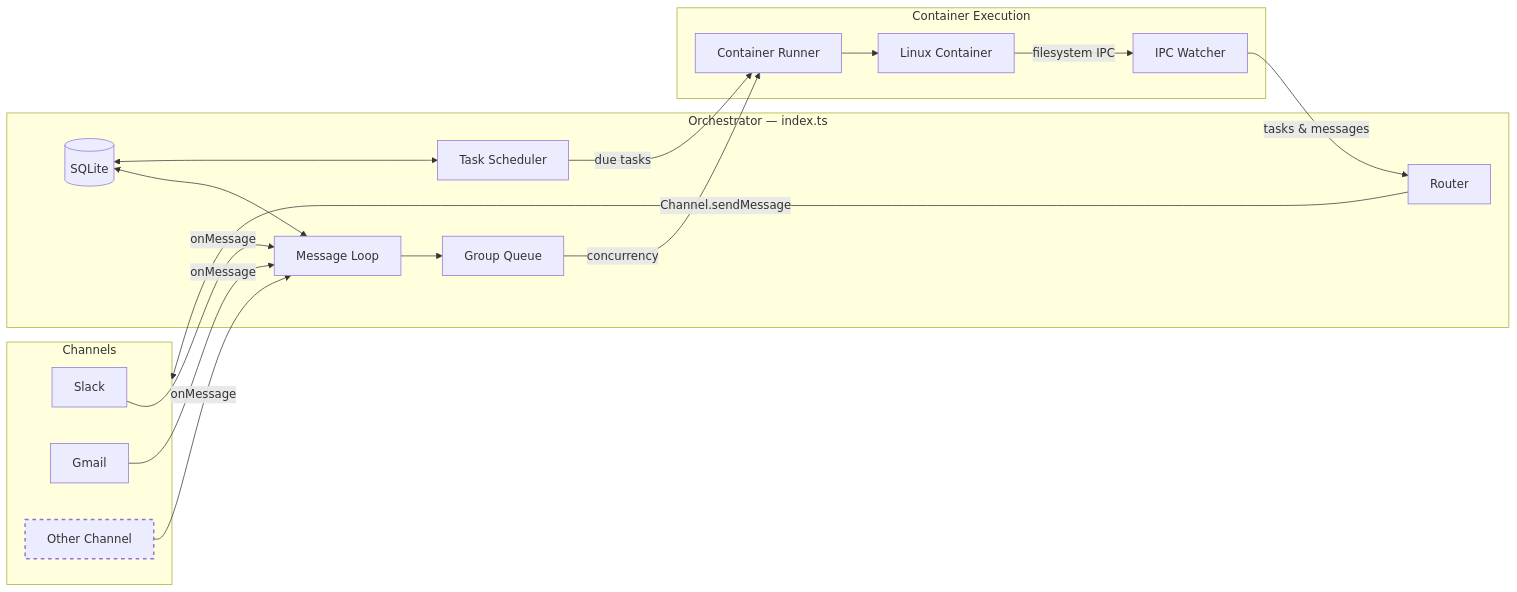
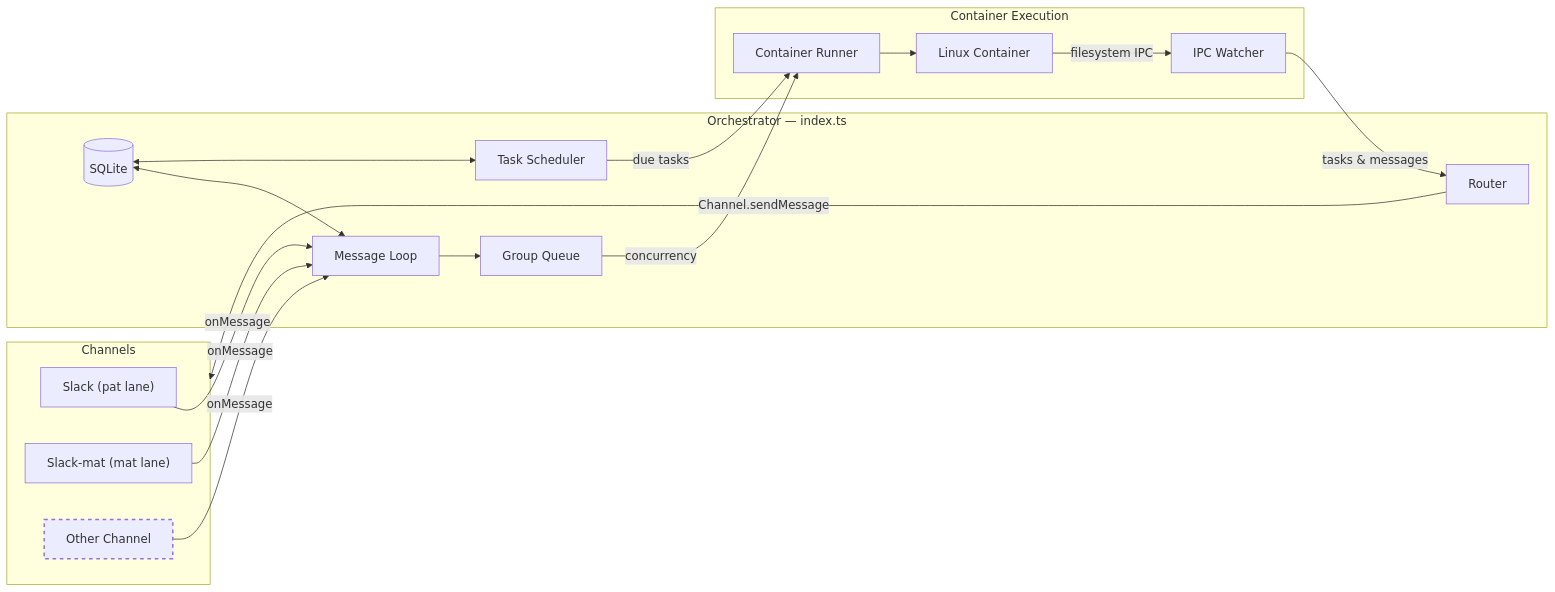
The diagram in docs/SPEC.md (chocoSprite/nanoclaw), drawn with Mermaid before and after one commit. The commit also changed other lines of this file, not shown here.

````diff
--- a/docs/SPEC.md
+++ b/docs/SPEC.md
@@ -93,39 +94,39 @@
 ```mermaid
 graph LR
     subgraph Channels["Channels"]
-        SL[Slack]
-        GM[Gmail]
+        SL["Slack (pat lane)"]
+        SM["Slack-mat (mat lane)"]
         New["Other Channel"]
     end
 
     subgraph Orchestrator["Orchestrator — index.ts"]
         ML[Message Loop]
         GQ[Group Queue]
         RT[Router]
         TS[Task Scheduler]
         DB[(SQLite)]
     end
 
     subgraph Execution["Container Execution"]
         CR[Container Runner]
         LC["Linux Container"]
         IPC[IPC Watcher]
     end
 
     %% Flow
-    SL & GM & New -->|onMessage| ML
+    SL & SM & New -->|onMessage| ML
     ML --> GQ
     GQ -->|concurrency| CR
     CR --> LC
     LC -->|filesystem IPC| IPC
     IPC -->|tasks & messages| RT
     RT -->|Channel.sendMessage| Channels
     TS -->|due tasks| CR
 
     %% DB Connections
     DB <--> ML
     DB <--> TS
 
     %% Styling for the dynamic channel
     style New stroke-dasharray: 5 5,stroke-width:2px
 ```
````
